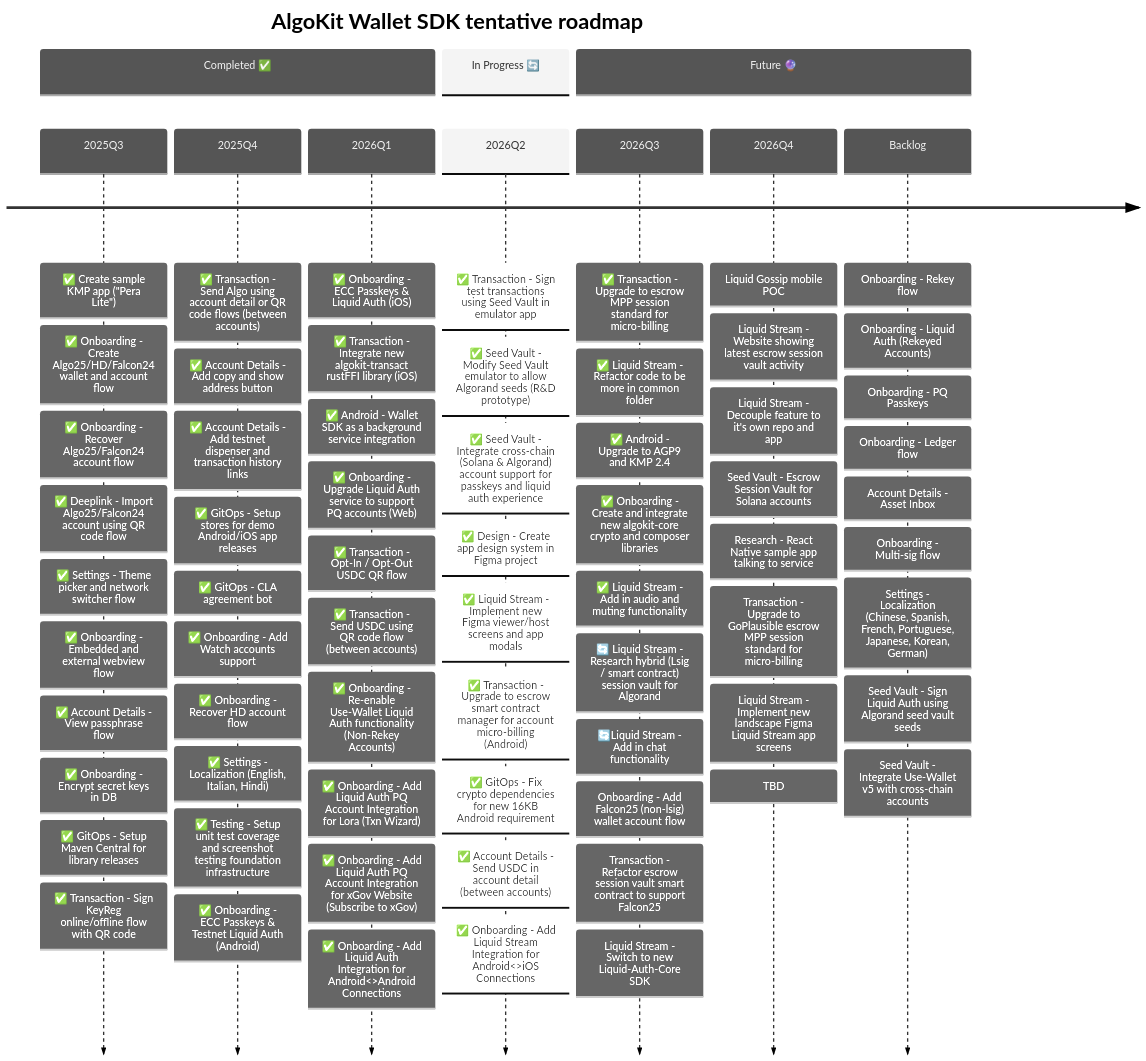
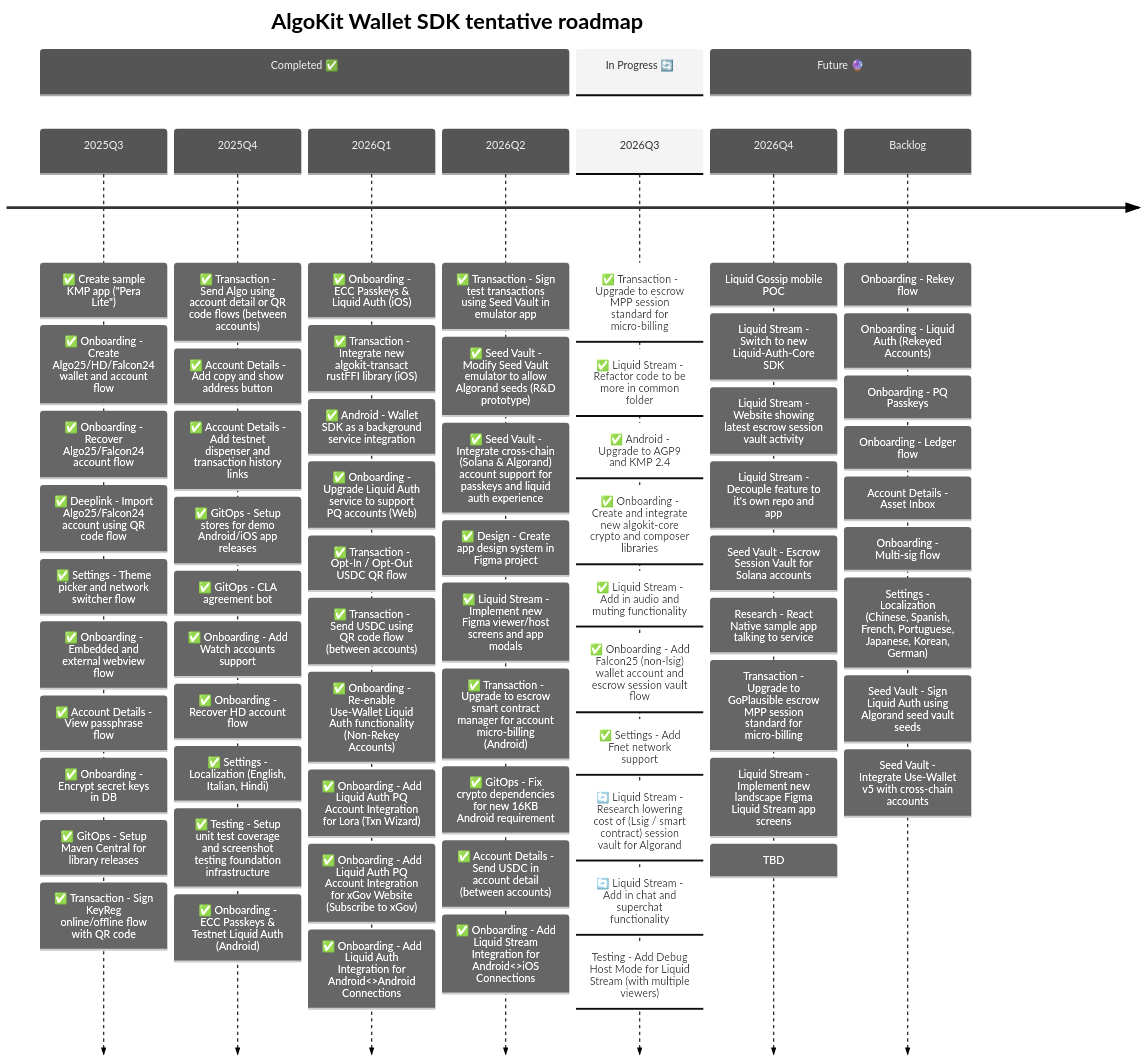
One commit to michaeltchuangllc/algokit-walletsdk-kmp changed the second of 3 diagrams in README.md. Above: the diagram before and after it, drawn with Mermaid. The commit also changed other lines of this file and 122 other files, not shown here.

Commit message:
feat: add in Falcon25 and fnet support (#381)

```diff
--- a/README.md
+++ b/README.md
@@ -108,7 +108,6 @@
             : ✅ Onboarding - Add Liquid Auth PQ Account Integration for xGov Website (Subscribe to xGov)
             : ✅ Onboarding - Add Liquid Auth Integration for Android<>Android Connections
 
-    section In Progress 🔄
     2026Q2  : ✅ Transaction - Sign test transactions using Seed Vault in emulator app
             : ✅ Seed Vault - Modify Seed Vault emulator to allow Algorand seeds (R&D prototype)
             : ✅ Seed Vault - Integrate cross-chain (Solana & Algorand) account support for passkeys and liquid auth experience
@@ -119,20 +118,22 @@
             : ✅ Account Details - Send USDC in account detail (between accounts)
             : ✅ Onboarding - Add Liquid Stream Integration for Android<>iOS Connections
             
-    section Future 🔮
+    section In Progress 🔄
     2026Q3   : ✅ Transaction - Upgrade to escrow MPP session standard for micro-billing
              : ✅ Liquid Stream - Refactor code to be more in common folder
              : ✅ Android - Upgrade to AGP9 and KMP 2.4
              : ✅ Onboarding - Create and integrate new algokit-core crypto and composer libraries
              : ✅ Liquid Stream - Add in audio and muting functionality
-             : 🔄 Liquid Stream - Research hybrid (Lsig / smart contract) session vault for Algorand
-             : 🔄Liquid Stream - Add in chat functionality
-             : Onboarding - Add Falcon25 (non-lsig) wallet account flow
-             : Transaction - Refactor escrow session vault smart contract to support Falcon25
-             : Liquid Stream - Switch to new Liquid-Auth-Core SDK
-
+             : ✅ Onboarding - Add Falcon25 (non-lsig) wallet account and escrow session vault flow
+             : ✅ Settings - Add Fnet network support
+             : 🔄 Liquid Stream - Research lowering cost of (Lsig / smart contract) session vault for Algorand
+             : 🔄 Liquid Stream - Add in chat and superchat functionality
+             : Testing - Add Debug Host Mode for Liquid Stream (with multiple viewers)
+             
+    section Future 🔮
     2026Q4   
              : Liquid Gossip mobile POC
+             : Liquid Stream - Switch to new Liquid-Auth-Core SDK
              : Liquid Stream - Website showing latest escrow session vault activity
              : Liquid Stream - Decouple feature to it's own repo and app
              : Seed Vault - Escrow Session Vault for Solana accounts 
```
